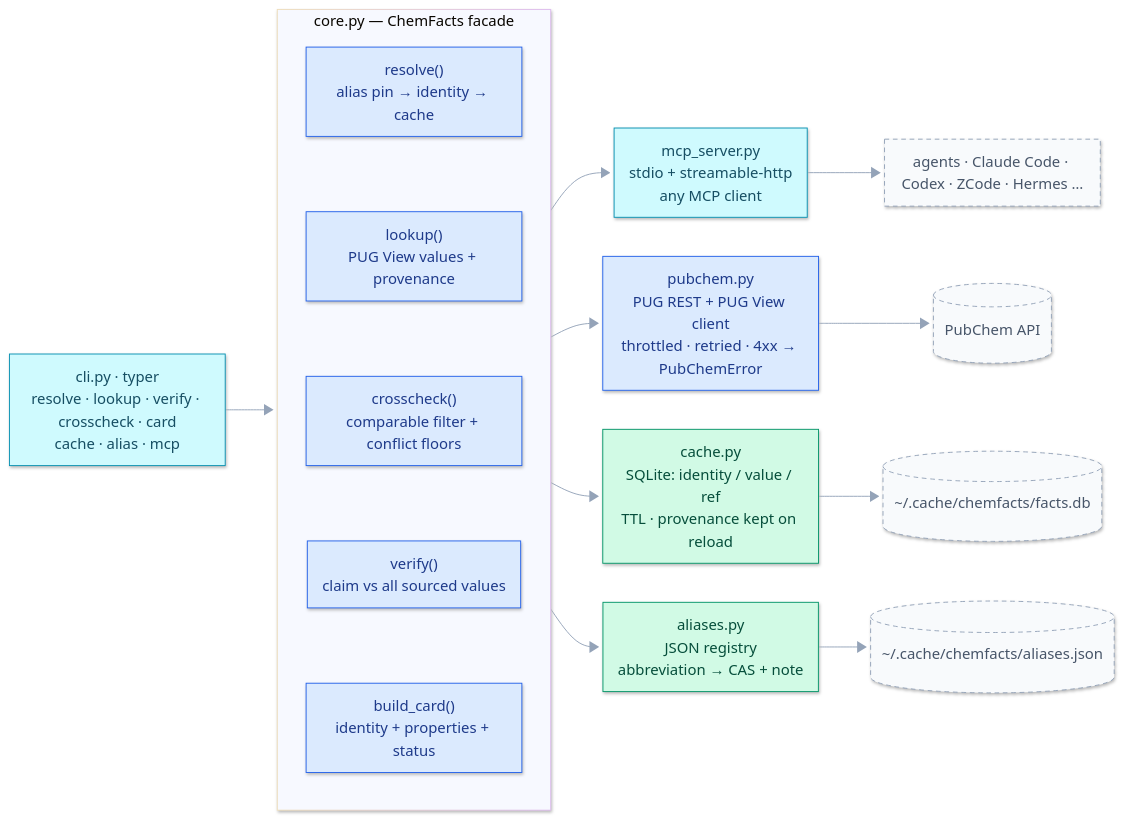
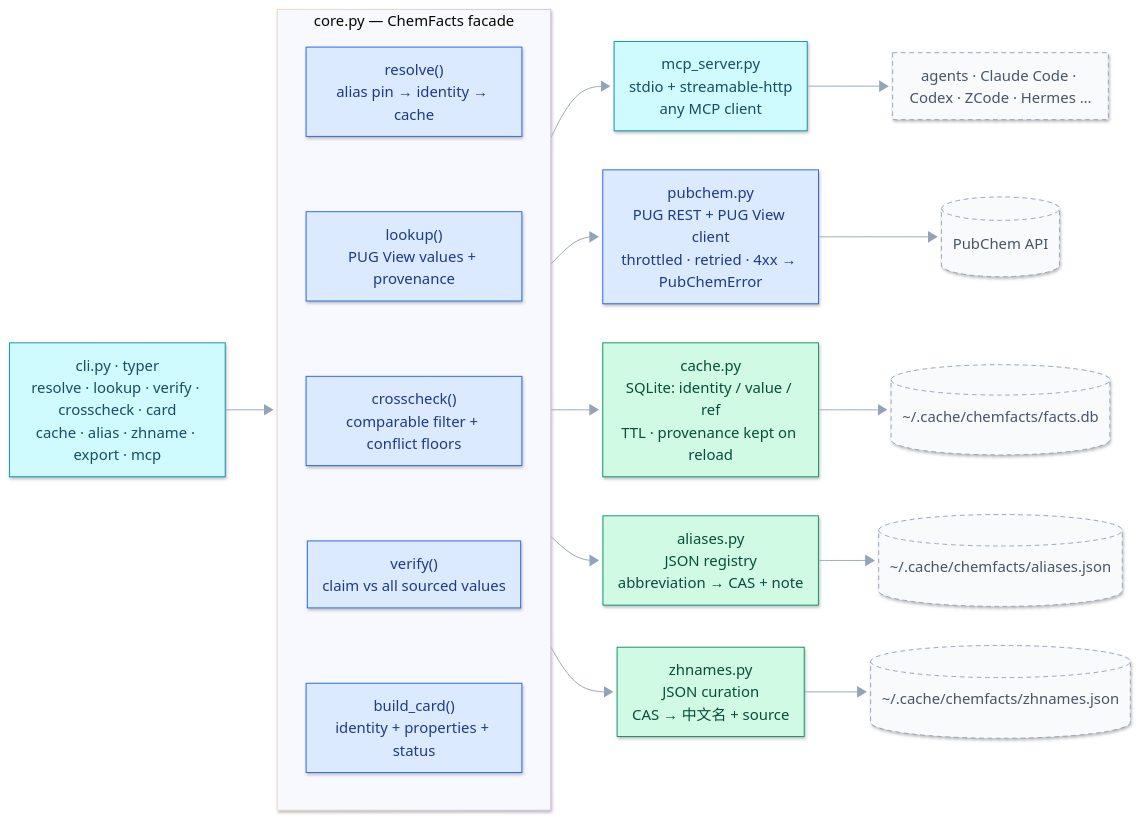
Before and after one commit to CL4Y68/chemfacts: the fifth of 5 diagrams in README.md, drawn with Mermaid. The commit also changed other lines of this file and 2 other files, not shown here.

````diff
--- a/README.md
+++ b/README.md
@@ -216,38 +216,40 @@
 ```mermaid
 %%{init: {"look": "neo", "theme": "base", "themeVariables": {"lineColor": "#94a3b8", "primaryTextColor": "#0f172a", "edgeLabelBackground": "#ffffff"}, "flowchart": {"curve": "basis", "htmlLabels": true, "nodeSpacing": 42, "rankSpacing": 56, "padding": 10}} }%%
 flowchart LR
-    CLI["cli.py · typer<br/>resolve · lookup · verify · crosscheck · card<br/>cache · alias · mcp"]:::mcp
+    CLI["cli.py · typer<br/>resolve · lookup · verify · crosscheck · card<br/>cache · alias · zhname · export · mcp"]:::mcp
     subgraph CORE["core.py — ChemFacts facade"]
         direction TB
         R["resolve()<br/>alias pin → identity → cache"]:::proc
         L["lookup()<br/>PUG View values + provenance"]:::proc
         X["crosscheck()<br/>comparable filter + conflict floors"]:::proc
         V["verify()<br/>claim vs all sourced values"]:::proc
         C["build_card()<br/>identity + properties + status"]:::proc
 
         R ~~~ L
         L ~~~ X
         X ~~~ V
         V ~~~ C
     end
     CLI --> CORE
     M["mcp_server.py<br/>stdio + streamable-http<br/>any MCP client"]:::mcp
     CORE --> M
     M --> AG["agents · Claude Code · Codex · ZCode · Hermes …"]:::ext
     CORE --> P["pubchem.py<br/>PUG REST + PUG View client<br/>throttled · retried · 4xx → PubChemError"]:::proc
     CORE --> CA["cache.py<br/>SQLite: identity / value / ref<br/>TTL · provenance kept on reload"]:::store
     CORE --> AL["aliases.py<br/>JSON registry<br/>abbreviation → CAS + note"]:::store
+    CORE --> ZH["zhnames.py<br/>JSON curation<br/>CAS → 中文名 + source"]:::store
     P --> PC[("PubChem API")]:::ext
     CA --> DB[("~/.cache/chemfacts/facts.db")]:::ext
     AL --> J[("~/.cache/chemfacts/aliases.json")]:::ext
+    ZH --> J2[("~/.cache/chemfacts/zhnames.json")]:::ext
     classDef io      fill:#e0e7ff,stroke:#4f46e5,stroke-width:2px,color:#312e81
     classDef proc    fill:#dbeafe,stroke:#2563eb,color:#1e3a8a
     classDef decide  fill:#fef3c7,stroke:#d97706,color:#78350f
     classDef store   fill:#d1fae5,stroke:#059669,color:#064e3b
     classDef ok      fill:#bbf7d0,stroke:#16a34a,stroke-width:2px,color:#14532d
     classDef warn    fill:#fecaca,stroke:#dc2626,stroke-width:2px,color:#7f1d1d
     classDef plain   fill:#e2e8f0,stroke:#64748b,color:#334155
     classDef card   fill:#ede9fe,stroke:#7c3aed,stroke-width:2px,color:#4c1d95
     classDef mcp    fill:#cffafe,stroke:#0891b2,color:#164e63
     classDef ext    fill:#f8fafc,stroke:#94a3b8,stroke-dasharray:5 4,color:#475569
 ```
````
